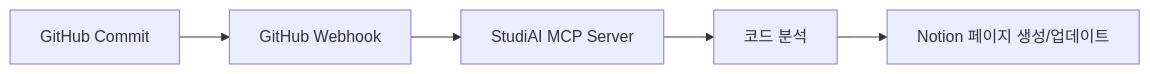
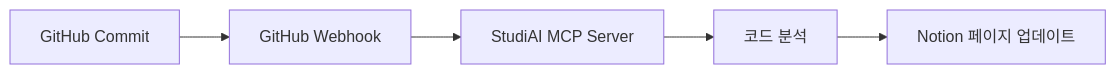
The diagram in README.md (junyeobee/StudiAI), drawn with Mermaid before and after one commit. The commit also changed other lines of this file, not shown here.

````diff
--- a/README.md
+++ b/README.md
@@ -66,7 +83,7 @@
 ```mermaid
 graph LR
-    A[GitHub Commit] --> B[GitHub Webhook]
-    B --> C[StudiAI MCP Server]
-    C --> D[코드 분석]
-    D --> E[Notion 페이지 생성/업데이트]
+A[GitHub Commit] --> B[GitHub Webhook]
+B --> C[StudiAI MCP Server]
+C --> D[코드 분석]
+D --> E[Notion 페이지 업데이트]
 ```
````
